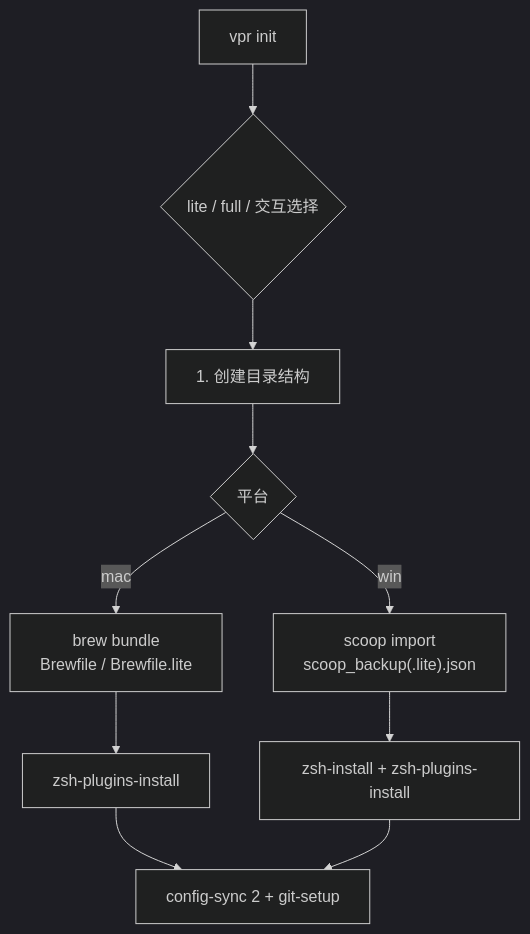
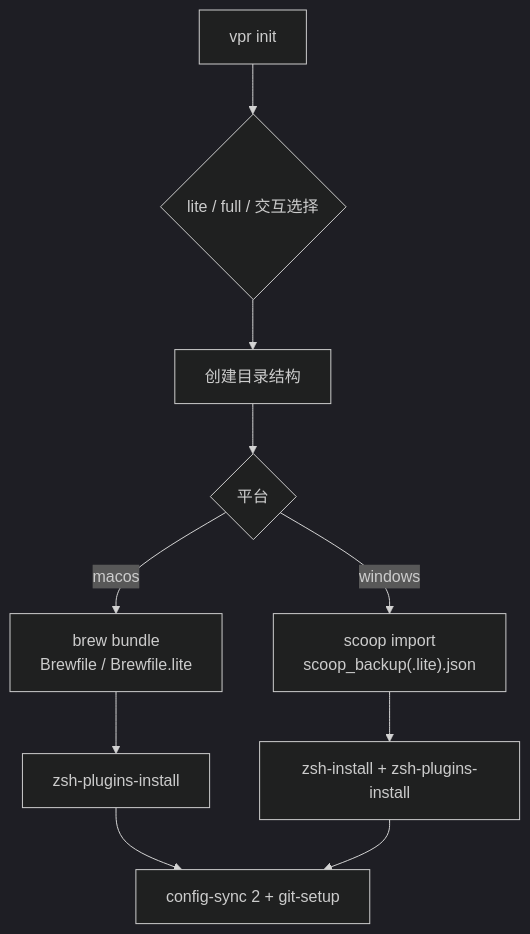
The third of 4 diagrams in README.md (wwlight/use), drawn with Mermaid (dark theme) before and after one commit. The commit also changed other lines of this file and 25 other files, not shown here.

````diff
--- a/README.md
+++ b/README.md
@@ -236,12 +241,12 @@
 ```mermaid
 flowchart TD
   A["vpr init"] --> B{"lite / full / 交互选择"}
-  B --> C["1. 创建目录结构"]
+  B --> C["创建目录结构"]
   C --> D{"平台"}
-  D -->|mac| E["brew bundle<br/>Brewfile / Brewfile.lite"]
-  D -->|win| F["scoop import<br/>scoop_backup(.lite).json"]
+  D -->|macos| E["brew bundle<br/>Brewfile / Brewfile.lite"]
+  D -->|windows| F["scoop import<br/>scoop_backup(.lite).json"]
   E --> G["zsh-plugins-install"]
   F --> H["zsh-install + zsh-plugins-install"]
   G --> I["config-sync 2 + git-setup"]
   H --> I
 ```
````
